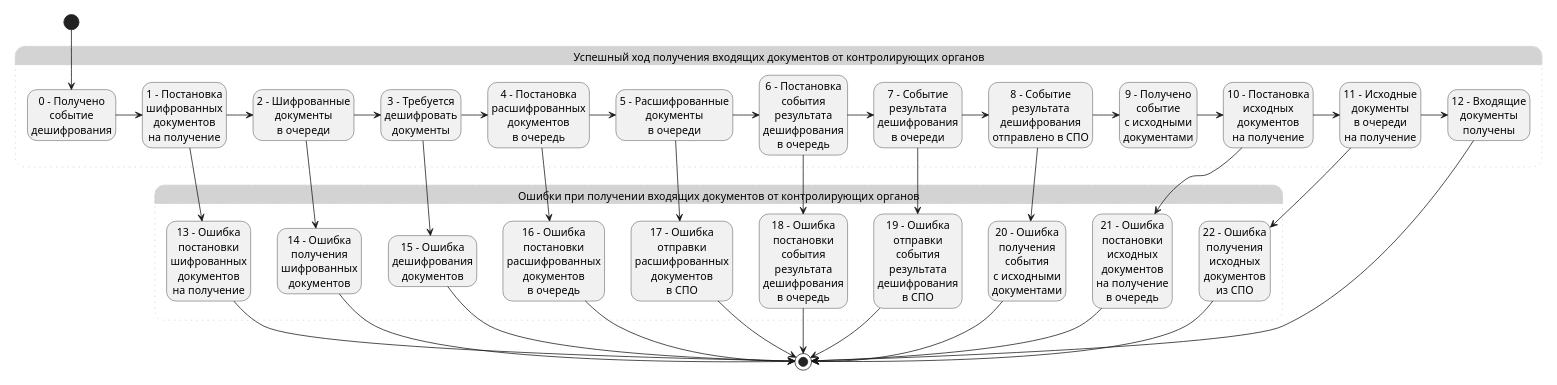
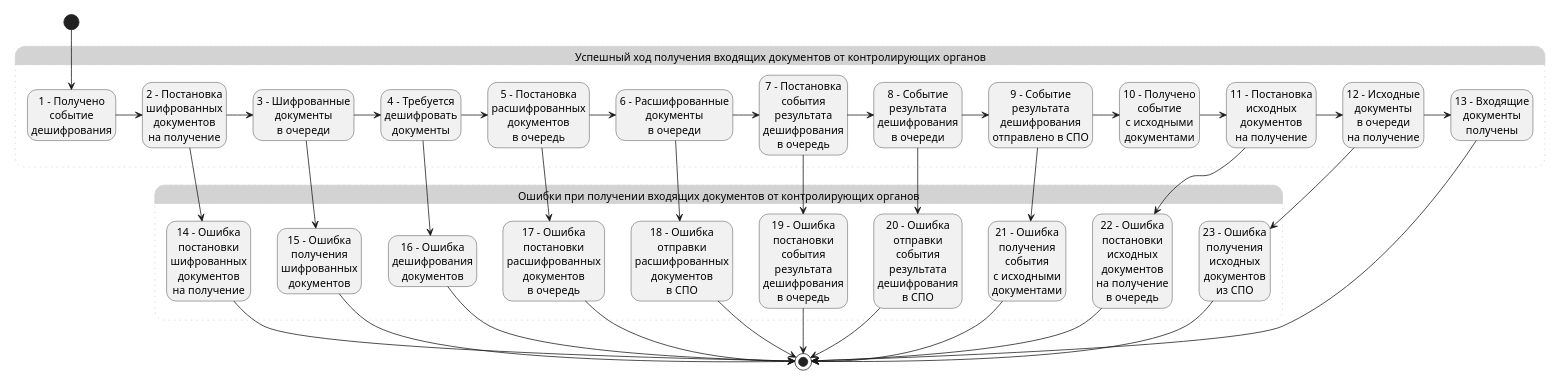
Before and after one commit to citpb/platform-astral-schemes: the diagram in udo_plojd_statuses_in.puml, drawn with PlantUML.

Commit message:
Update udo_plojd_statuses_in.puml
Смешение нумерации на 1.

```diff
--- a/udo_plojd_statuses_in.puml
+++ b/udo_plojd_statuses_in.puml
@@ -1,82 +1,82 @@
 @startuml
 scale 100 width
 scale 260 height
 
 hide empty description
 state "Успешный ход получения входящих документов от контролирующих органов" as Saccess #LightGray;line.dotted;line:LightGray {
-    state "0 – Получено\nсобытие\nдешифрования" as State0
-    state "1 - Постановка\nшифрованных\nдокументов\nна получение" as State1
-    state "2 - Шифрованные\nдокументы\nв очереди" as State2
-    state "3 - Требуется\nдешифровать\nдокументы" as State3
-    state "4 - Постановка\nрасшифрованных\nдокументов\nв очередь" as State4
-    state "5 - Расшифрованные\nдокументы\nв очереди" as State5    
-    state "6 - Постановка\nсобытия\nрезультата\nдешифрования\nв очередь" as State6 
-    state "7 - Событие\nрезультата\nдешифрования\nв очереди" as State7
-    state "8 - Событие\nрезультата\nдешифрования\nотправлено в СПО" as State8
-    state "9 – Получено\nсобытие\nс исходными\nдокументами" as State9  
-    state "10 - Постановка\nисходных\nдокументов\nна получение" as State10
-    state "11 - Исходные\nдокументы\nв очереди\nна получение" as State11
-    state "12 - Входящие\nдокументы\nполучены" as State12
+    state "1 – Получено\nсобытие\nдешифрования" as State1
+    state "2 - Постановка\nшифрованных\nдокументов\nна получение" as State2
+    state "3 - Шифрованные\nдокументы\nв очереди" as State3
+    state "4 - Требуется\nдешифровать\nдокументы" as State4
+    state "5 - Постановка\nрасшифрованных\nдокументов\nв очередь" as State5
+    state "6 - Расшифрованные\nдокументы\nв очереди" as State6
+    state "7 - Постановка\nсобытия\nрезультата\nдешифрования\nв очередь" as State7
+    state "8 - Событие\nрезультата\nдешифрования\nв очереди" as State8
+    state "9 - Событие\nрезультата\nдешифрования\nотправлено в СПО" as State9
+    state "10 – Получено\nсобытие\nс исходными\nдокументами" as State10
+    state "11 - Постановка\nисходных\nдокументов\nна получение" as State11
+    state "12 - Исходные\nдокументы\nв очереди\nна получение" as State12
+    state "13 - Входящие\nдокументы\nполучены" as State13
 }
 state "Ошибки при получении входящих документов от контролирующих органов" as Errors #LightGray;line.dotted;line:LightGray {
-    state "13 - Ошибка\nпостановки\nшифрованных\nдокументов\nна получение" as State13
-    state "14 - Ошибка\nполучения\nшифрованных\nдокументов" as State14
-    state "15 - Ошибка\nдешифрования\nдокументов" as State15
-    state "16 - Ошибка\nпостановки\nрасшифрованных\nдокументов\nв очередь" as State16
-    state "17 - Ошибка\nотправки\nрасшифрованных\nдокументов\nв СПО" as State17
-    state "18 - Ошибка\nпостановки\nсобытия\nрезультата\nдешифрования\nв очередь" as State18
-    state "19 - Ошибка\nотправки\nсобытия\nрезультата\nдешифрования\nв СПО" as State19
-    state "20 - Ошибка\nполучения\nсобытия\nс исходными\nдокументами" as State20
-    state "21 - Ошибка\nпостановки\nисходных\nдокументов\nна получение\nв очередь" as State21
-    state "22 - Ошибка\nполучения\nисходных\nдокументов\nиз СПО" as State22
+    state "14 - Ошибка\nпостановки\nшифрованных\nдокументов\nна получение" as State14
+    state "15 - Ошибка\nполучения\nшифрованных\nдокументов" as State15
+    state "16 - Ошибка\nдешифрования\nдокументов" as State16
+    state "17 - Ошибка\nпостановки\nрасшифрованных\nдокументов\nв очередь" as State17
+    state "18 - Ошибка\nотправки\nрасшифрованных\nдокументов\nв СПО" as State18
+    state "19 - Ошибка\nпостановки\nсобытия\nрезультата\nдешифрования\nв очередь" as State19
+    state "20 - Ошибка\nотправки\nсобытия\nрезультата\nдешифрования\nв СПО" as State20
+    state "21 - Ошибка\nполучения\nсобытия\nс исходными\nдокументами" as State21
+    state "22 - Ошибка\nпостановки\nисходных\nдокументов\nна получение\nв очередь" as State22
+    state "23 - Ошибка\nполучения\nисходных\nдокументов\nиз СПО" as State23
 }
 
-[*] --> State0
-State0 -> State1
-
+[*] --> State1
 State1 -> State2
-State1 --> State13
 
 State2 -> State3
 State2 --> State14
 
 State3 -> State4
 State3 --> State15
 
 State4 -> State5
 State4 --> State16
 
 State5 -> State6
 State5 --> State17
 
 State6 -> State7
 State6 --> State18
 
 State7 -> State8
 State7 --> State19
 
 State8 -> State9
 State8 --> State20
 
 State9 -> State10
+State9 --> State21
 
 State10 -> State11
-State10 --> State21
 
 State11 -> State12
 State11 --> State22
 
-State13  --> [*]
+State12 -> State13
+State12 --> State23
+
 State14  --> [*]
-State15 --> [*]
+State15  --> [*]
 State16 --> [*]
 State17 --> [*]
 State18 --> [*]
-State19  --> [*]
+State19 --> [*]
 State20  --> [*]
-State21 --> [*]
+State21  --> [*]
 State22 --> [*]
+State23 --> [*]
 
-State12 --> [*]
+State13 --> [*]
 
 @enduml
```
